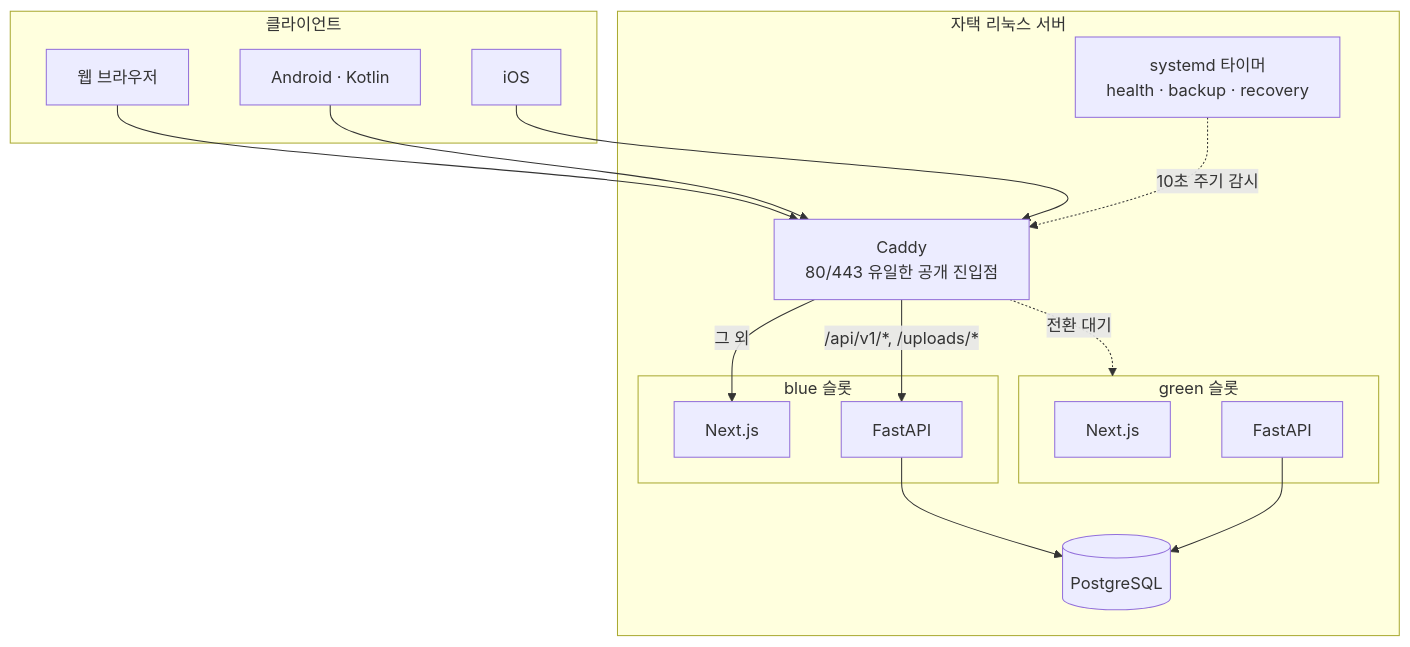
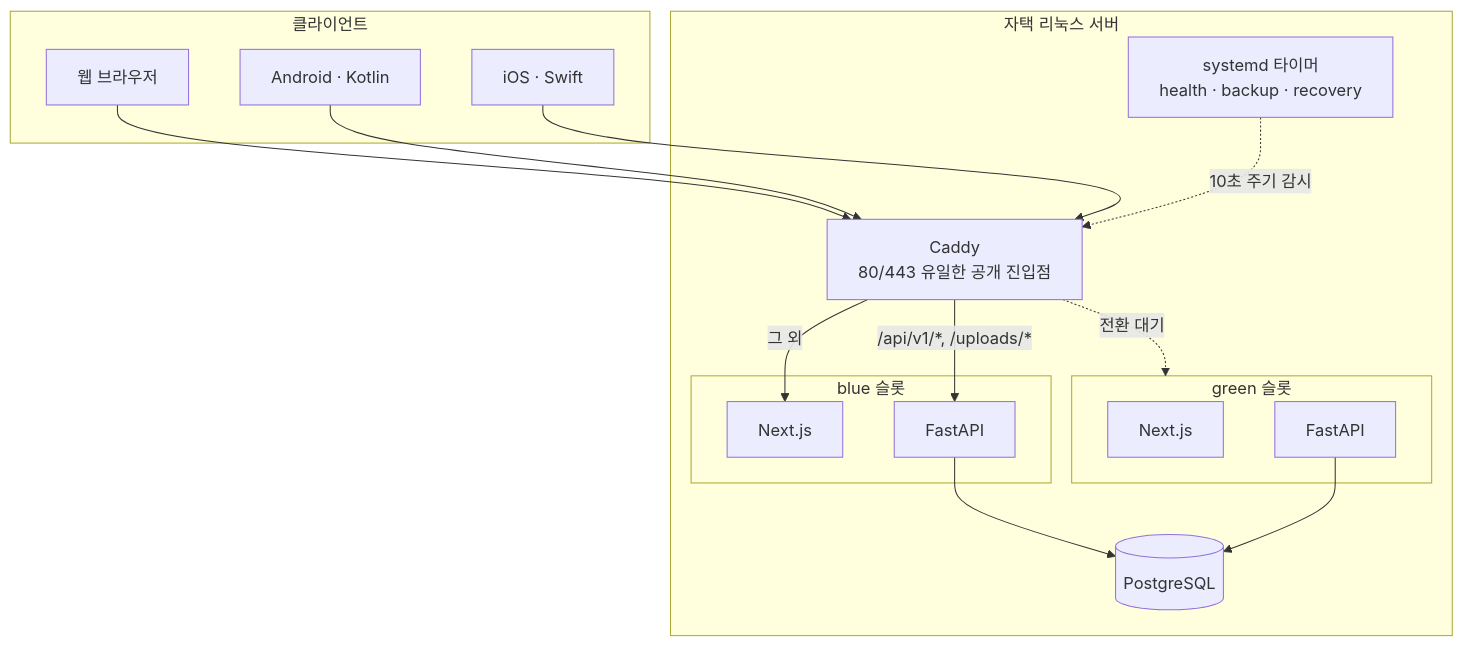
The first of 2 diagrams in README.md (sesepark/cookierunhub-docs), drawn with Mermaid before and after one commit. The commit also changed other lines of this file and 5 other files, not shown here.

````diff
--- a/README.md
+++ b/README.md
@@ -133,28 +143,28 @@
 ```mermaid
 flowchart TB
     subgraph client[클라이언트]
         W[웹 브라우저]
         A[Android · Kotlin]
-        I[iOS]
+        I[iOS · Swift]
     end
     subgraph home[자택 리눅스 서버]
         C[Caddy<br/>80/443 유일한 공개 진입점]
         subgraph blue[blue 슬롯]
             NB[Next.js]
             FB[FastAPI]
         end
         subgraph green[green 슬롯]
             NG[Next.js]
             FG[FastAPI]
         end
         DB[(PostgreSQL)]
         T[systemd 타이머<br/>health · backup · recovery]
     end
     W & A & I --> C
     C -->|"/api/v1/*, /uploads/*"| FB
     C -->|"그 외"| NB
     C -.->|전환 대기| green
     FB --> DB
     FG --> DB
     T -.->|10초 주기 감시| C
 ```
````
